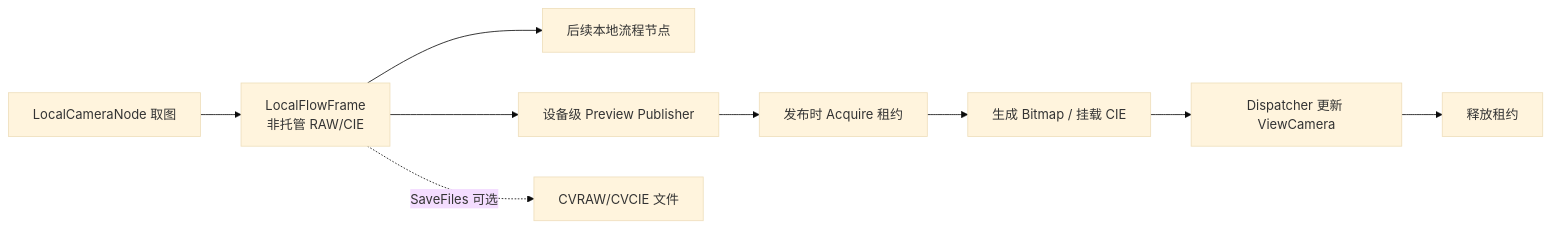
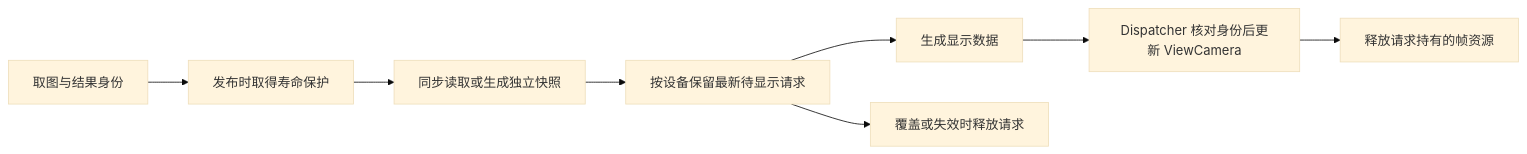
The diagram in docs/02-developer-guide/engine-development/local-camera-memory-preview.md (xincheng213618/scgd_general_wpf), drawn with Mermaid (base theme) before and after one commit. The commit also changed other lines of this file and 8 other files, not shown here.

Commit message:
docs: clarify local camera frame lifetime and preview design

````diff
--- a/docs/02-developer-guide/engine-development/local-camera-memory-preview.md
+++ b/docs/02-developer-guide/engine-development/local-camera-memory-preview.md
@@ -39,11 +42,10 @@
 ```mermaid
 flowchart LR
-    Capture["LocalCameraNode 取图"] --> Frame["LocalFlowFrame<br/>非托管 RAW/CIE"]
-    Frame --> Flow["后续本地流程节点"]
-    Frame --> Publisher["设备级 Preview Publisher"]
-    Publisher --> Lease["发布时 Acquire 租约"]
-    Lease --> Materialize["生成 Bitmap / 挂载 CIE"]
-    Materialize --> Dispatcher["Dispatcher 更新 ViewCamera"]
-    Dispatcher --> Release["释放租约"]
-    Frame -. SaveFiles 可选 .-> Files["CVRAW/CVCIE 文件"]
+    Capture["取图与结果身份"] --> Publish["发布时取得寿命保护"]
+    Publish --> Stable["同步读取或生成独立快照"]
+    Stable --> Slot["按设备保留最新待显示请求"]
+    Slot --> Present["生成显示数据"]
+    Present --> Commit["Dispatcher 核对身份后更新 ViewCamera"]
+    Slot --> Drop["覆盖或失效时释放请求"]
+    Commit --> Release["释放请求持有的帧资源"]
 ```
````
